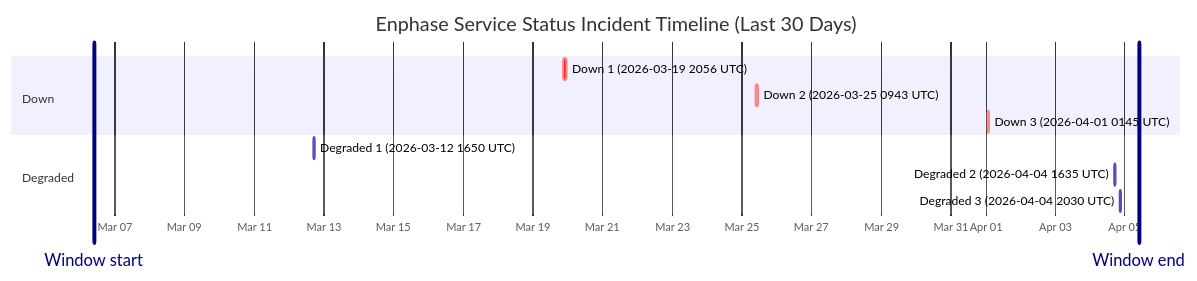
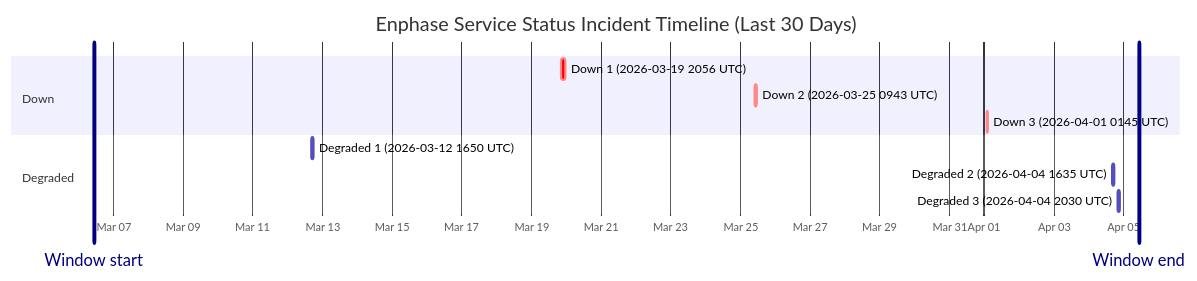
The diagram in wiki/Service-Status-History.md (barneyonline/ha-enphase-ev-charger), drawn with Mermaid before and after one commit. The commit also changed other lines of this file and 3 other files, not shown here.

````diff
--- a/wiki/Service-Status-History.md
+++ b/wiki/Service-Status-History.md
@@ -14,16 +14,16 @@
 ```mermaid
 gantt
     title Enphase Service Status Incident Timeline (Last 30 Days)
     dateFormat  YYYY-MM-DDTHH:mm:ss
     axisFormat  %b %d
-    Window start :vert, window-start, 2026-03-06T09:38:00, 0ms
-    Window end :vert, window-end, 2026-04-05T09:38:00, 0ms
+    Window start :vert, window-start, 2026-03-06T10:33:08, 0ms
+    Window end :vert, window-end, 2026-04-05T10:33:08, 0ms
     section Down
     Down 1 (2026-03-19 2056 UTC) :crit, down-1, 2026-03-19T20:56:20, 145m
     Down 2 (2026-03-25 0943 UTC) :crit, down-2, 2026-03-25T09:43:28, 111m
     Down 3 (2026-04-01 0145 UTC) :crit, down-3, 2026-04-01T01:45:09, 60m
     section Degraded
     Degraded 1 (2026-03-12 1650 UTC) :active, degraded-1, 2026-03-12T16:50:43, 60m
     Degraded 2 (2026-04-04 1635 UTC) :active, degraded-2, 2026-04-04T16:35:17, 60m
     Degraded 3 (2026-04-04 2030 UTC) :active, degraded-3, 2026-04-04T20:30:40, 60m
 ```
````
